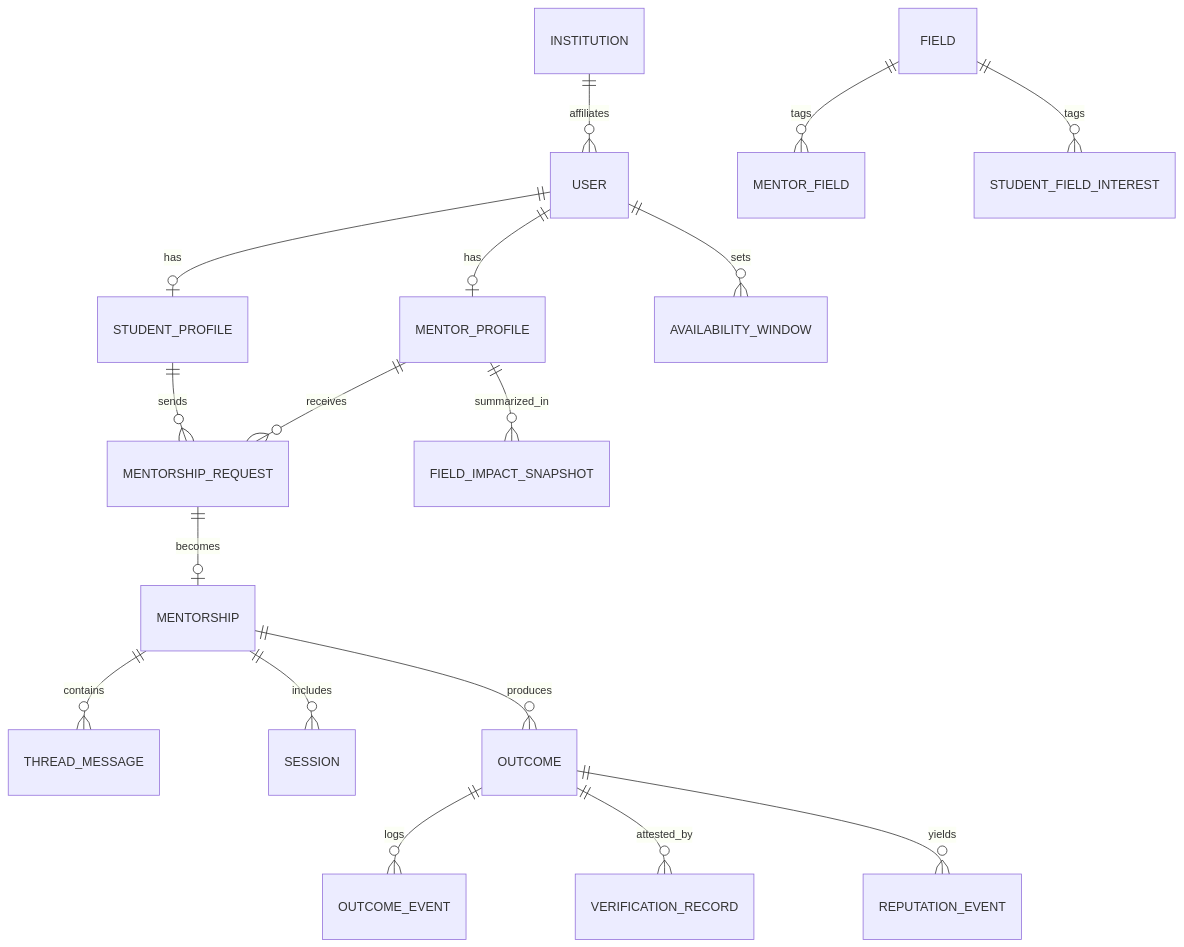
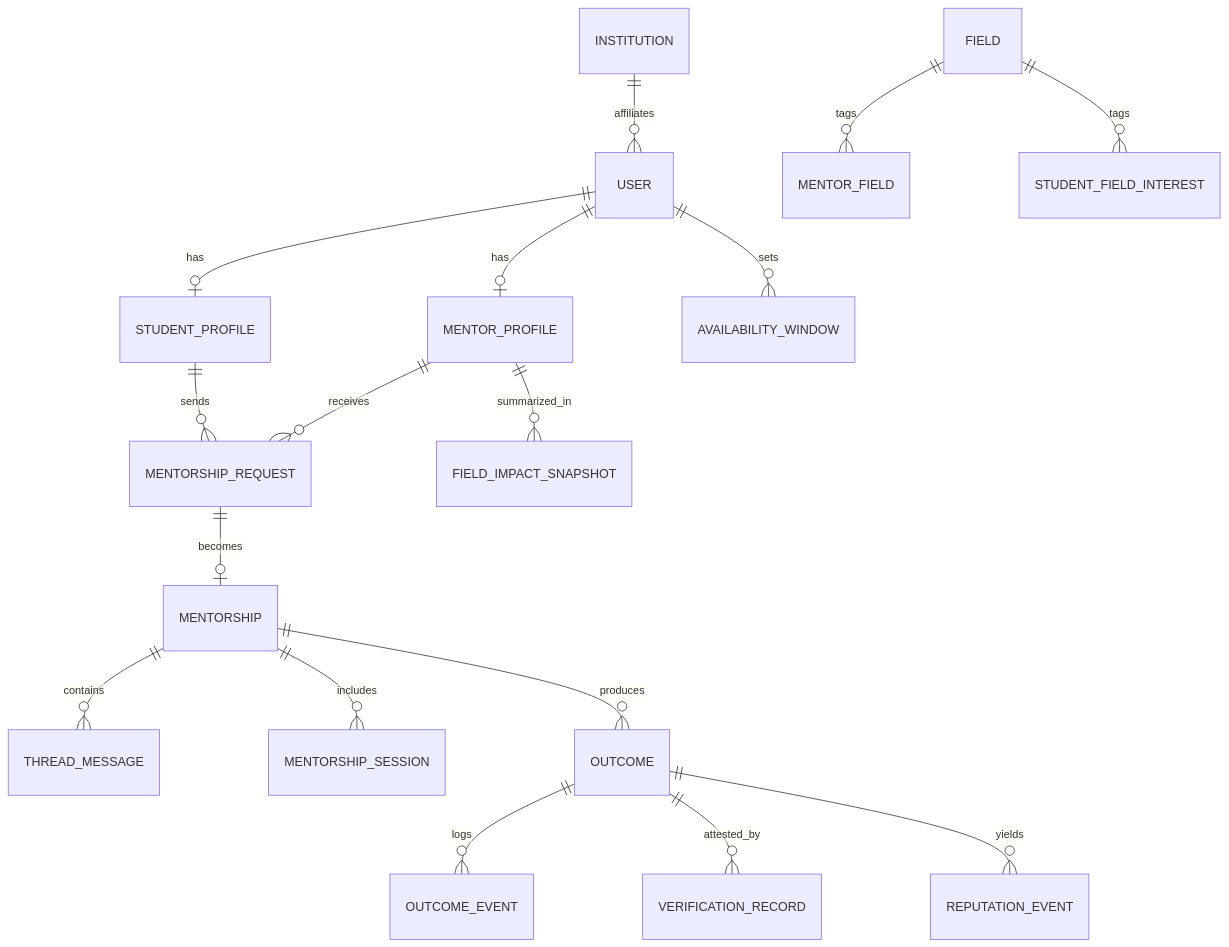
The fourth of 4 diagrams in README.md (SamiulIslam007/connect-student-mentor-bridge), drawn with Mermaid before and after one commit. The commit also changed other lines of this file and 89 other files, not shown here.

````diff
--- a/README.md
+++ b/README.md
@@ -465,19 +465,19 @@
 ```mermaid
 erDiagram
   USER ||--o| STUDENT_PROFILE : has
   USER ||--o| MENTOR_PROFILE : has
   INSTITUTION ||--o{ USER : affiliates
   FIELD ||--o{ MENTOR_FIELD : tags
   FIELD ||--o{ STUDENT_FIELD_INTEREST : tags
   USER ||--o{ AVAILABILITY_WINDOW : sets
   STUDENT_PROFILE ||--o{ MENTORSHIP_REQUEST : sends
   MENTOR_PROFILE ||--o{ MENTORSHIP_REQUEST : receives
   MENTORSHIP_REQUEST ||--o| MENTORSHIP : becomes
   MENTORSHIP ||--o{ THREAD_MESSAGE : contains
-  MENTORSHIP ||--o{ SESSION : includes
+  MENTORSHIP ||--o{ MENTORSHIP_SESSION : includes
   MENTORSHIP ||--o{ OUTCOME : produces
   OUTCOME ||--o{ OUTCOME_EVENT : logs
   OUTCOME ||--o{ VERIFICATION_RECORD : attested_by
   OUTCOME ||--o{ REPUTATION_EVENT : yields
   MENTOR_PROFILE ||--o{ FIELD_IMPACT_SNAPSHOT : summarized_in
 ```
````
